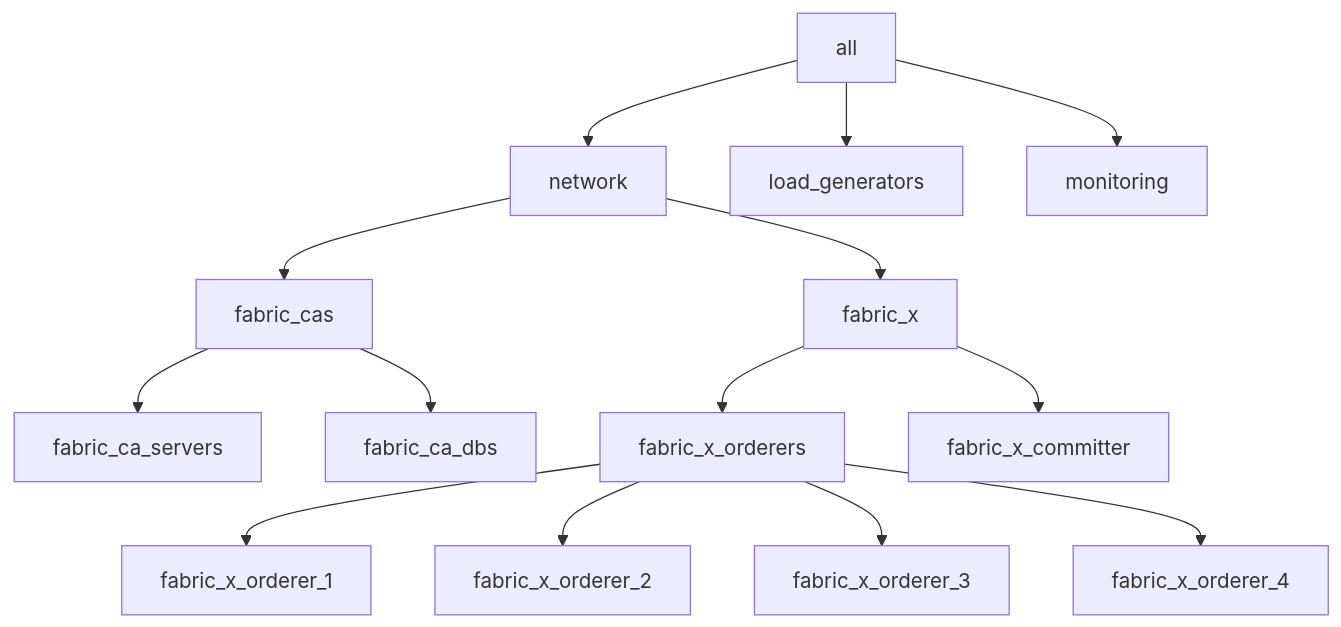
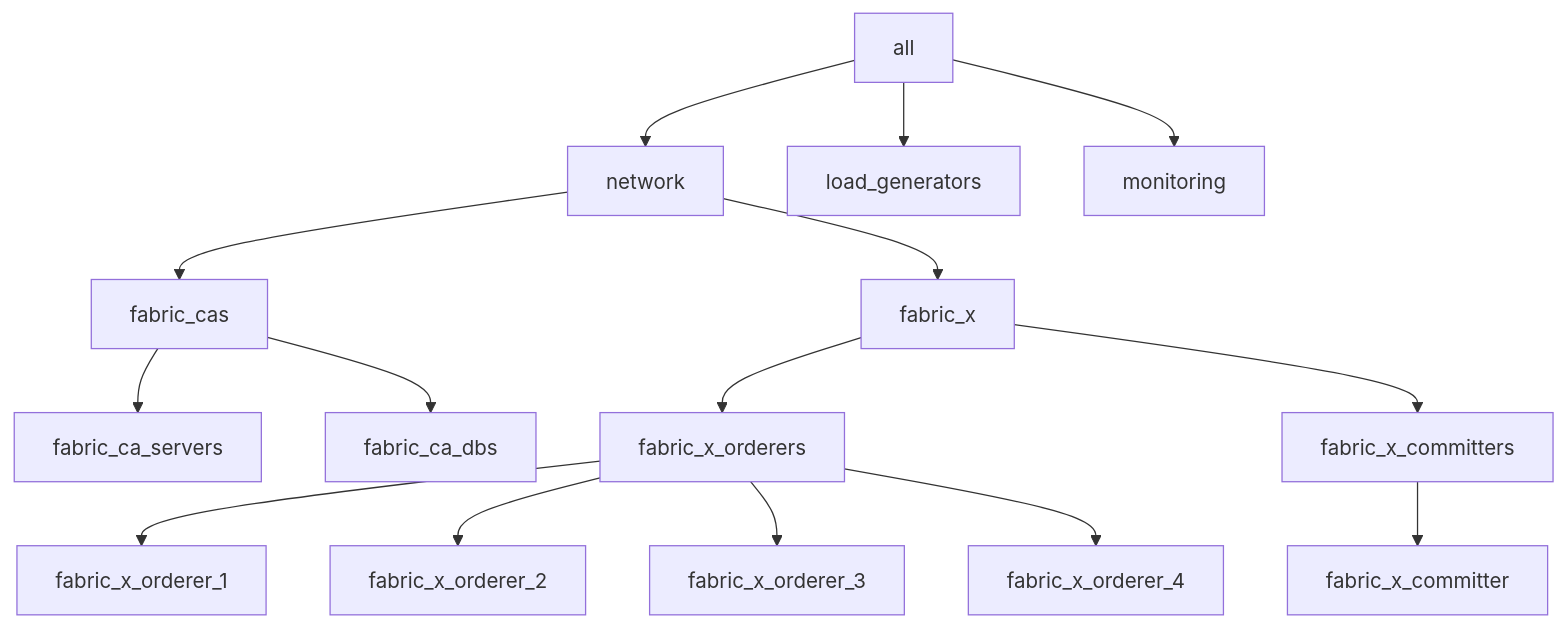
Before and after one commit to LF-Decentralized-Trust-labs/fabric-x-ansible-collection: the diagram in examples/inventory/docs/k8s/fabric-x-no-mtls.md, drawn with Mermaid. The commit also changed 57 other files, not shown here.

Commit message:
added support for multiple committers with `fabric_x_committers` group (#323)

````diff
--- a/examples/inventory/docs/k8s/fabric-x-no-mtls.md
+++ b/examples/inventory/docs/k8s/fabric-x-no-mtls.md
@@ -33,16 +33,17 @@
 ```mermaid
 flowchart TD
   all --> network
   network --> fabric_cas
   network --> fabric_x
   all --> load_generators
   all --> monitoring
   fabric_cas --> fabric_ca_servers
   fabric_cas --> fabric_ca_dbs
   fabric_x --> fabric_x_orderers
-  fabric_x --> fabric_x_committer
+  fabric_x --> fabric_x_committers
+  fabric_x_committers --> fabric_x_committer
   fabric_x_orderers --> fabric_x_orderer_1
   fabric_x_orderers --> fabric_x_orderer_2
   fabric_x_orderers --> fabric_x_orderer_3
   fabric_x_orderers --> fabric_x_orderer_4
 ```
````
